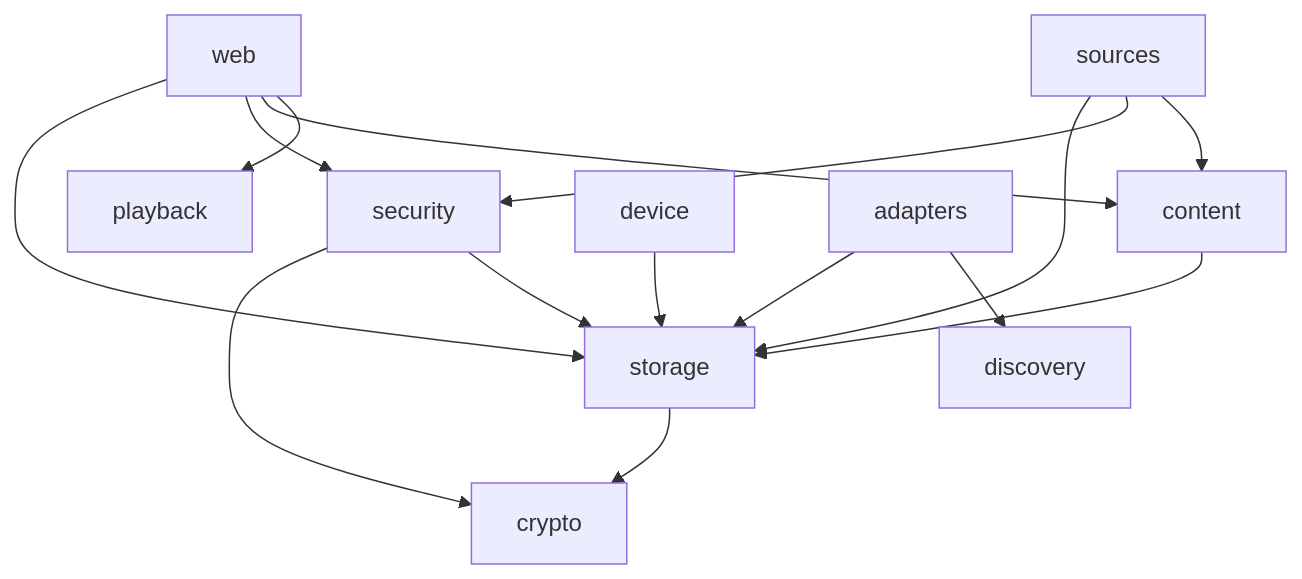
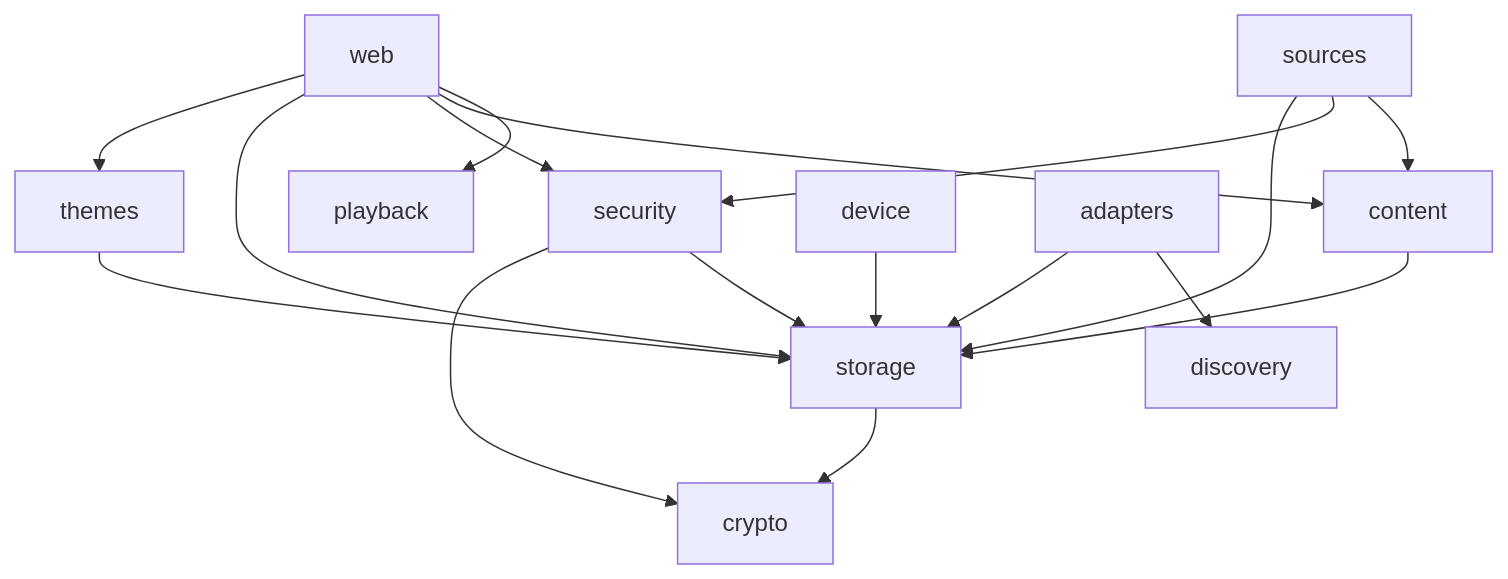
One commit to Yukuhu/home-control changed the diagram in docs/dev/architecture.md. Above: the diagram before and after it, drawn with Mermaid. The commit also changed other lines of this file and 73 other files, not shown here.

````diff
--- a/docs/dev/architecture.md
+++ b/docs/dev/architecture.md
@@ -51,17 +52,19 @@
 ```mermaid
 flowchart TD
     sources --> content
     sources --> security
     sources --> storage
     web --> playback
     web --> content
     web --> security
     web --> storage
+    web --> themes
+    themes --> storage
     content --> storage
     device --> storage
     adapters --> discovery
     adapters --> storage
     security --> storage
     security --> crypto
     storage --> crypto
 ```
````
